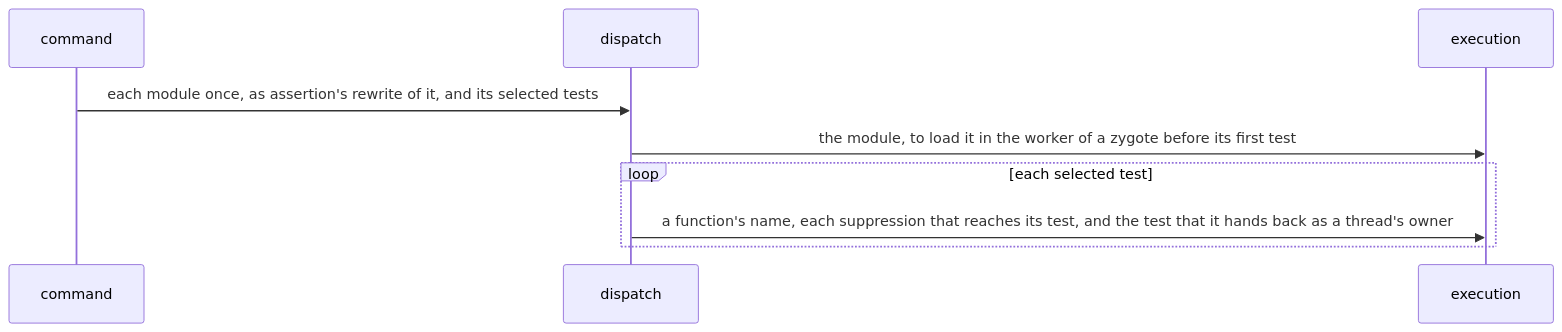
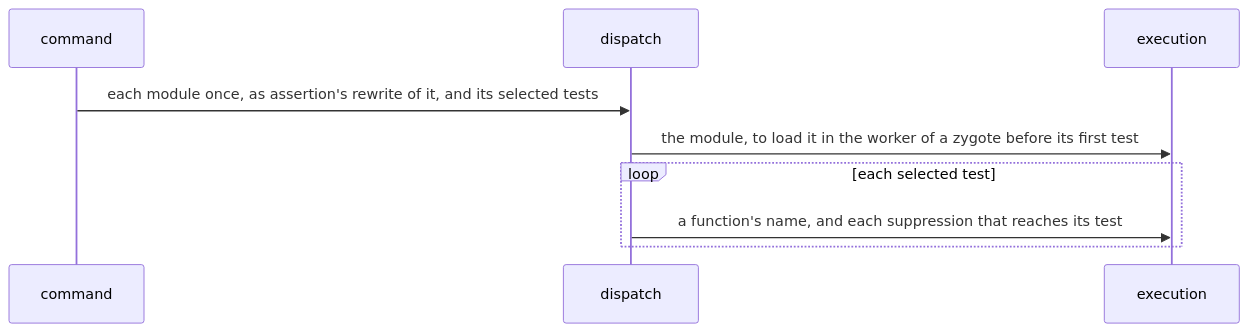
One commit to kalonji-tools/purba changed the diagram in docs/decisions/a-worker-loads-each-module-once.md. Above: the diagram before and after it, drawn with Mermaid. The commit also changed 24 other files, not shown here.

````diff
--- a/docs/decisions/a-worker-loads-each-module-once.md
+++ b/docs/decisions/a-worker-loads-each-module-once.md
@@ -30,8 +30,8 @@
 ```mermaid
 sequenceDiagram
   command->>dispatch: each module once, as assertion's rewrite of it, and its selected tests
   dispatch->>execution: the module, to load it in the worker of a zygote before its first test
   loop each selected test
-    dispatch->>execution: a function's name, each suppression that reaches its test, and the test that it hands back as a thread's owner
+    dispatch->>execution: a function's name, and each suppression that reaches its test
   end
 ```
````
